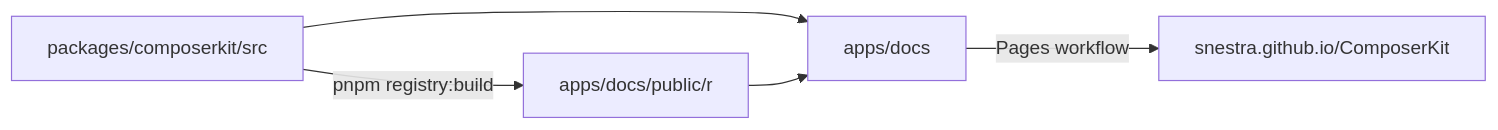
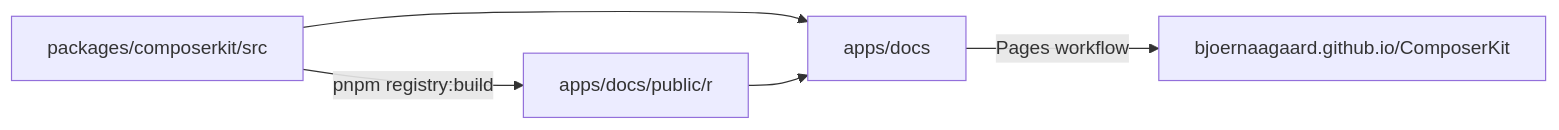
One commit to Snestra/ComposerKit changed the diagram in README.md. Above: the diagram before and after it, drawn with Mermaid. The commit also changed other lines of this file and 5 other files, not shown here.

First line of the commit message:
Move from the Snestra org to bjoernaagaard

````diff
--- a/README.md
+++ b/README.md
@@ -88,7 +88,7 @@
 ```mermaid
 flowchart LR
     src["packages/composerkit/src"] -->|pnpm registry:build| registry["apps/docs/public/r"]
     src --> docs["apps/docs"]
     registry --> docs
-    docs -->|Pages workflow| pages["snestra.github.io/ComposerKit"]
+    docs -->|Pages workflow| pages["bjoernaagaard.github.io/ComposerKit"]
 ```
````
